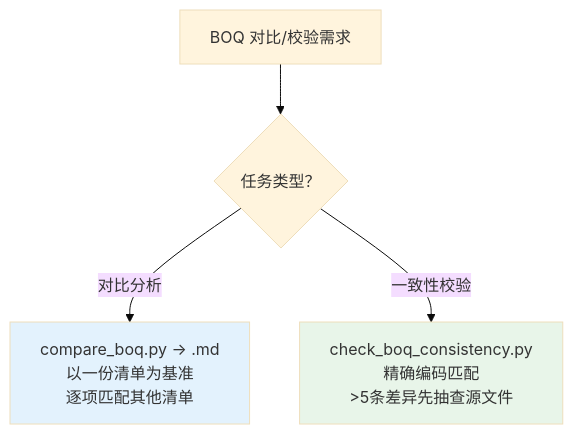
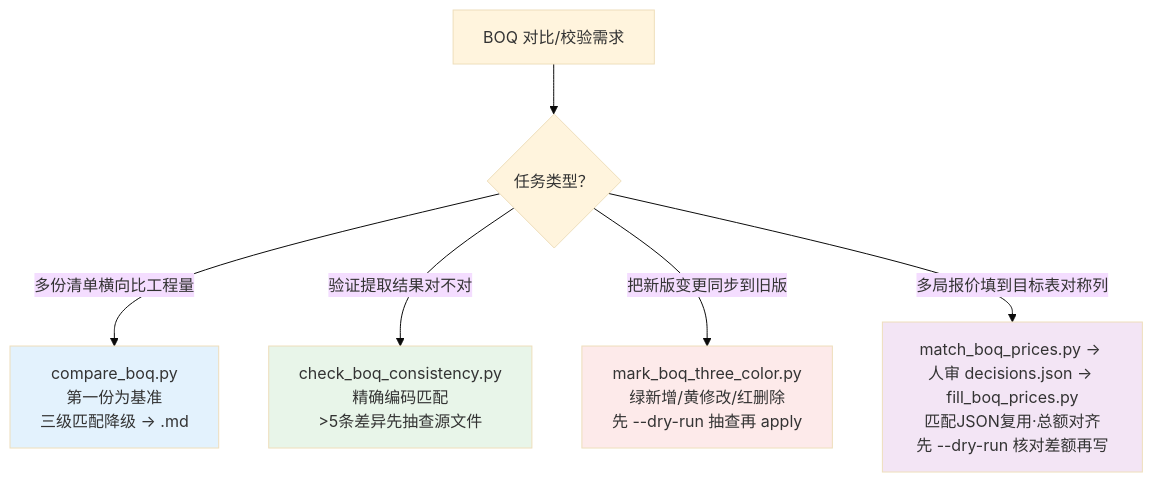
The diagram in claude/skills/pk-boq-compare/SKILL.md (pengkang135/CCBOQ), drawn with Mermaid (base theme) before and after one commit. The commit also changed other lines of this file and 326 other files, not shown here.

````diff
--- a/claude/skills/pk-boq-compare/SKILL.md
+++ b/claude/skills/pk-boq-compare/SKILL.md
@@ -21,10 +32,14 @@
 ```mermaid
 flowchart TD
     START["BOQ 对比/校验需求"] --> Q1{"任务类型？"}
 
-    Q1 -->|"对比分析"| B1["compare_boq.py → .md<br/>以一份清单为基准<br/>逐项匹配其他清单"]
-    Q1 -->|"一致性校验"| B2["check_boq_consistency.py<br/>精确编码匹配<br/>>5条差异先抽查源文件"]
+    Q1 -->|"多份清单横向比工程量"| B1["compare_boq.py<br/>第一份为基准<br/>三级匹配降级 → .md"]
+    Q1 -->|"验证提取结果对不对"| B2["check_boq_consistency.py<br/>精确编码匹配<br/>>5条差异先抽查源文件"]
+    Q1 -->|"把新版变更同步到旧版"| B3["mark_boq_three_color.py<br/>绿新增/黄修改/红删除<br/>先 --dry-run 抽查再 apply"]
+    Q1 -->|"多局报价填到目标表对称列"| B4["match_boq_prices.py → 人审 decisions.json → fill_boq_prices.py<br/>匹配JSON复用·总额对齐<br/>先 --dry-run 核对差额再写"]
 
     style B1 fill:#e3f2fd
     style B2 fill:#e8f5e9
+    style B3 fill:#fdeaea
+    style B4 fill:#f3e5f5
 ```
````
